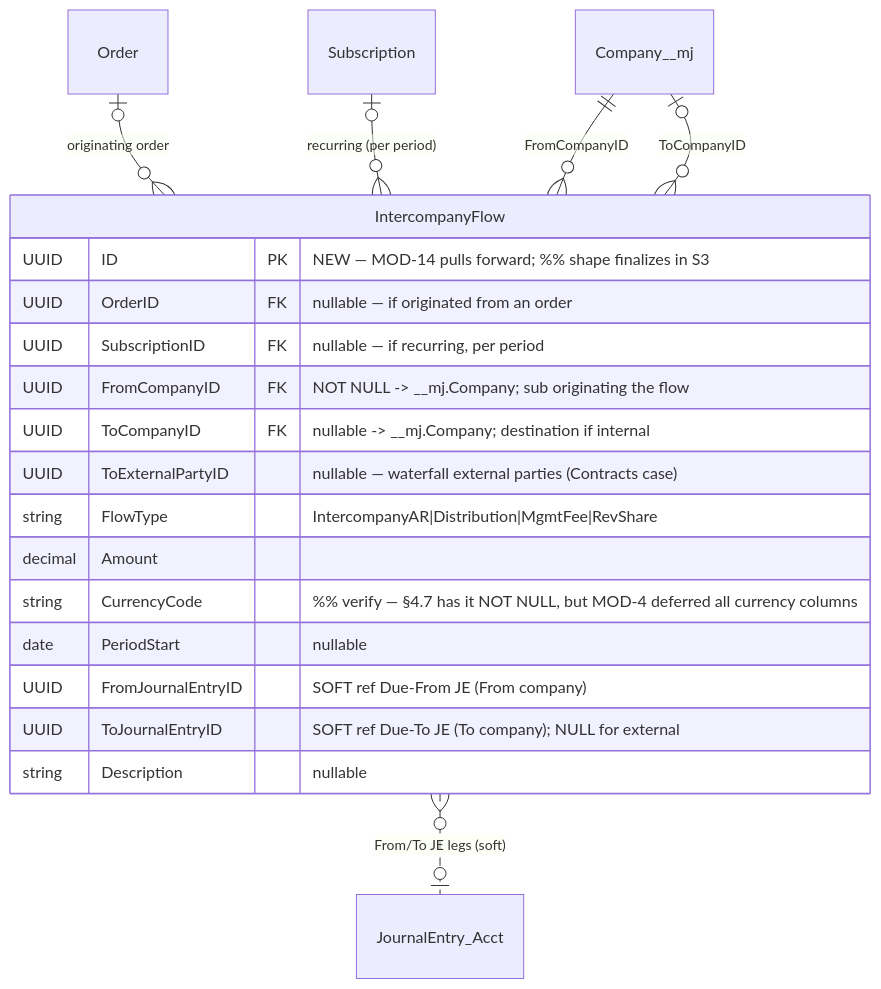
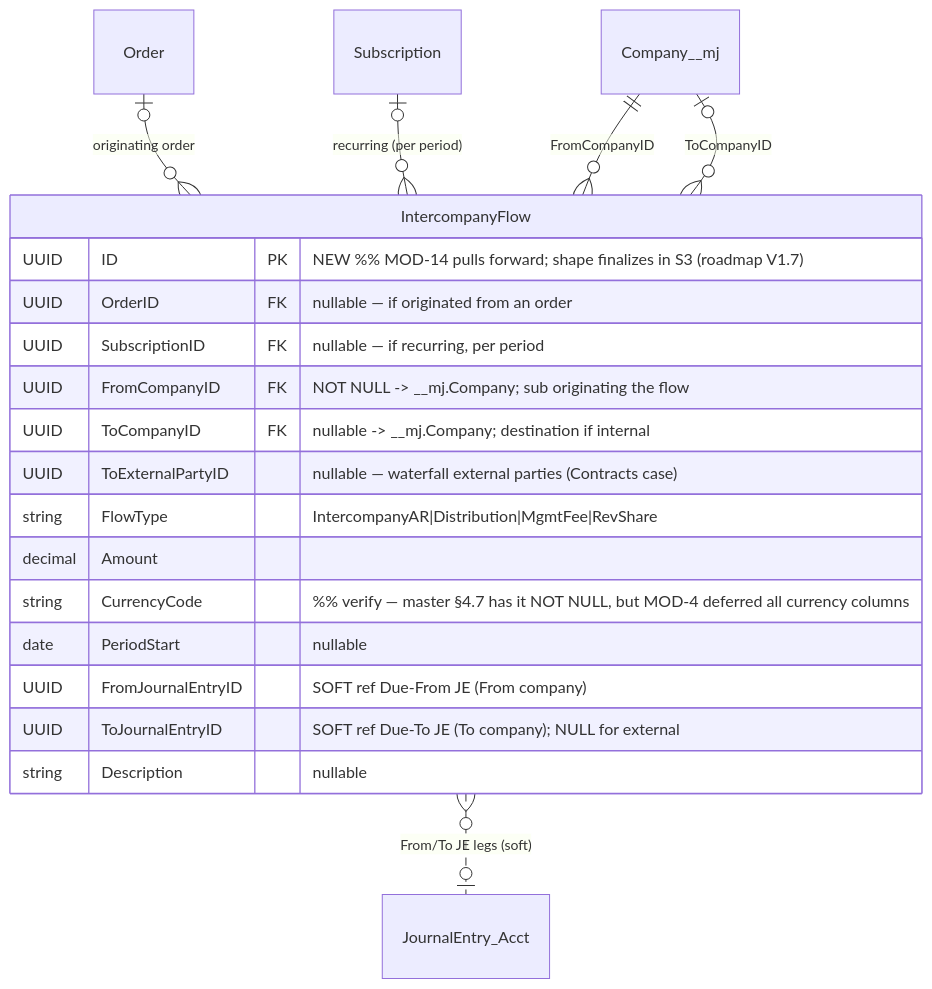
Before and after one commit to MemberJunction/bizapps-orders: the seventh of 8 diagrams in design-docs/erd/ERD-planned.md, drawn with Mermaid. The commit also changed other lines of this file, not shown here.

Commit message:
docs: ERD-planned rewritten fully self-contained (38/38 entities detailed; Q24 category ruling committed); ERD-current verified 32/32

````diff
--- a/design-docs/erd/ERD-planned.md
+++ b/design-docs/erd/ERD-planned.md
@@ -237,24 +727,24 @@
 ```mermaid
 erDiagram
     Order |o--o{ IntercompanyFlow : "originating order"
     Subscription |o--o{ IntercompanyFlow : "recurring (per period)"
     Company__mj ||--o{ IntercompanyFlow : "FromCompanyID"
     Company__mj |o--o{ IntercompanyFlow : "ToCompanyID"
     IntercompanyFlow }o..o| JournalEntry_Acct : "From/To JE legs (soft)"
 
     IntercompanyFlow {
-        UUID ID PK "NEW — MOD-14 pulls forward; %% shape finalizes in S3"
+        UUID ID PK "NEW %% MOD-14 pulls forward; shape finalizes in S3 (roadmap V1.7)"
         UUID OrderID FK "nullable — if originated from an order"
         UUID SubscriptionID FK "nullable — if recurring, per period"
         UUID FromCompanyID FK "NOT NULL -> __mj.Company; sub originating the flow"
         UUID ToCompanyID FK "nullable -> __mj.Company; destination if internal"
         UUID ToExternalPartyID "nullable — waterfall external parties (Contracts case)"
         string FlowType "IntercompanyAR|Distribution|MgmtFee|RevShare"
         decimal Amount
-        string CurrencyCode "%% verify — §4.7 has it NOT NULL, but MOD-4 deferred all currency columns"
+        string CurrencyCode "%% verify — master §4.7 has it NOT NULL, but MOD-4 deferred all currency columns"
         date PeriodStart "nullable"
         UUID FromJournalEntryID "SOFT ref Due-From JE (From company)"
         UUID ToJournalEntryID "SOFT ref Due-To JE (To company); NULL for external"
         string Description "nullable"
     }
 ```
````
